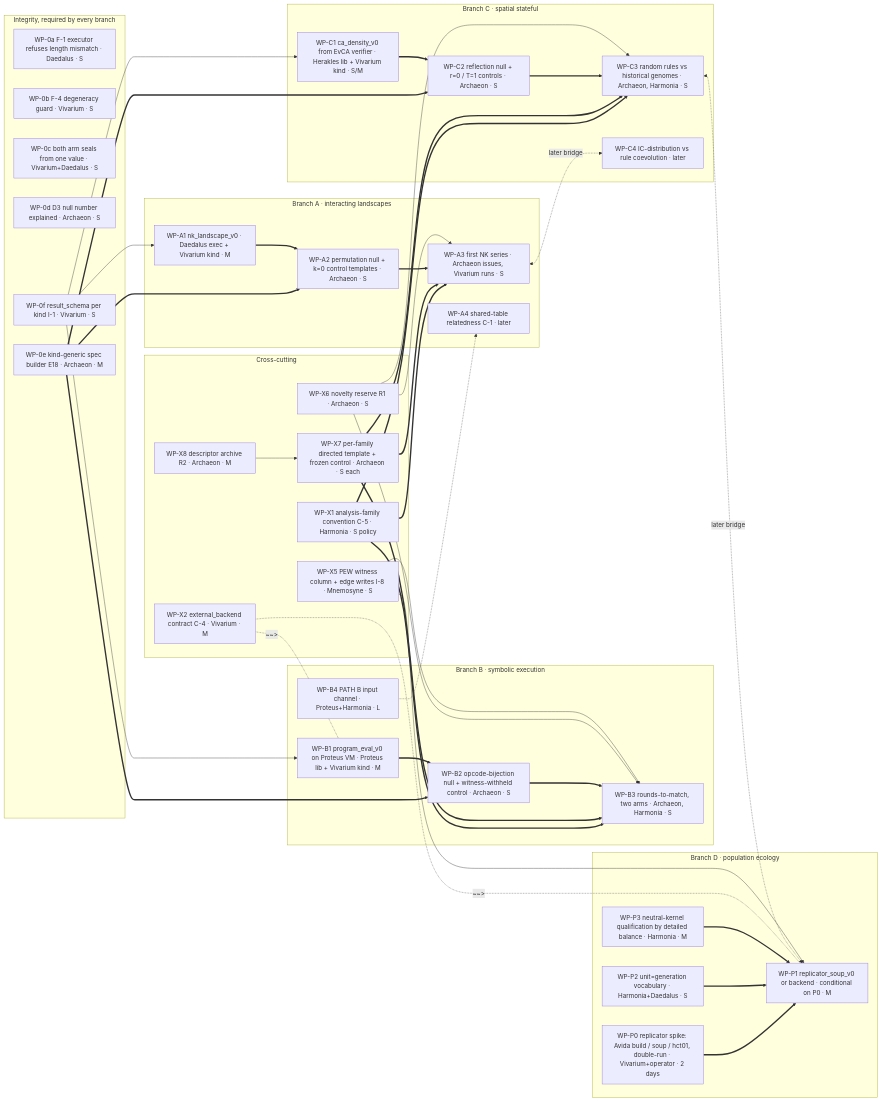
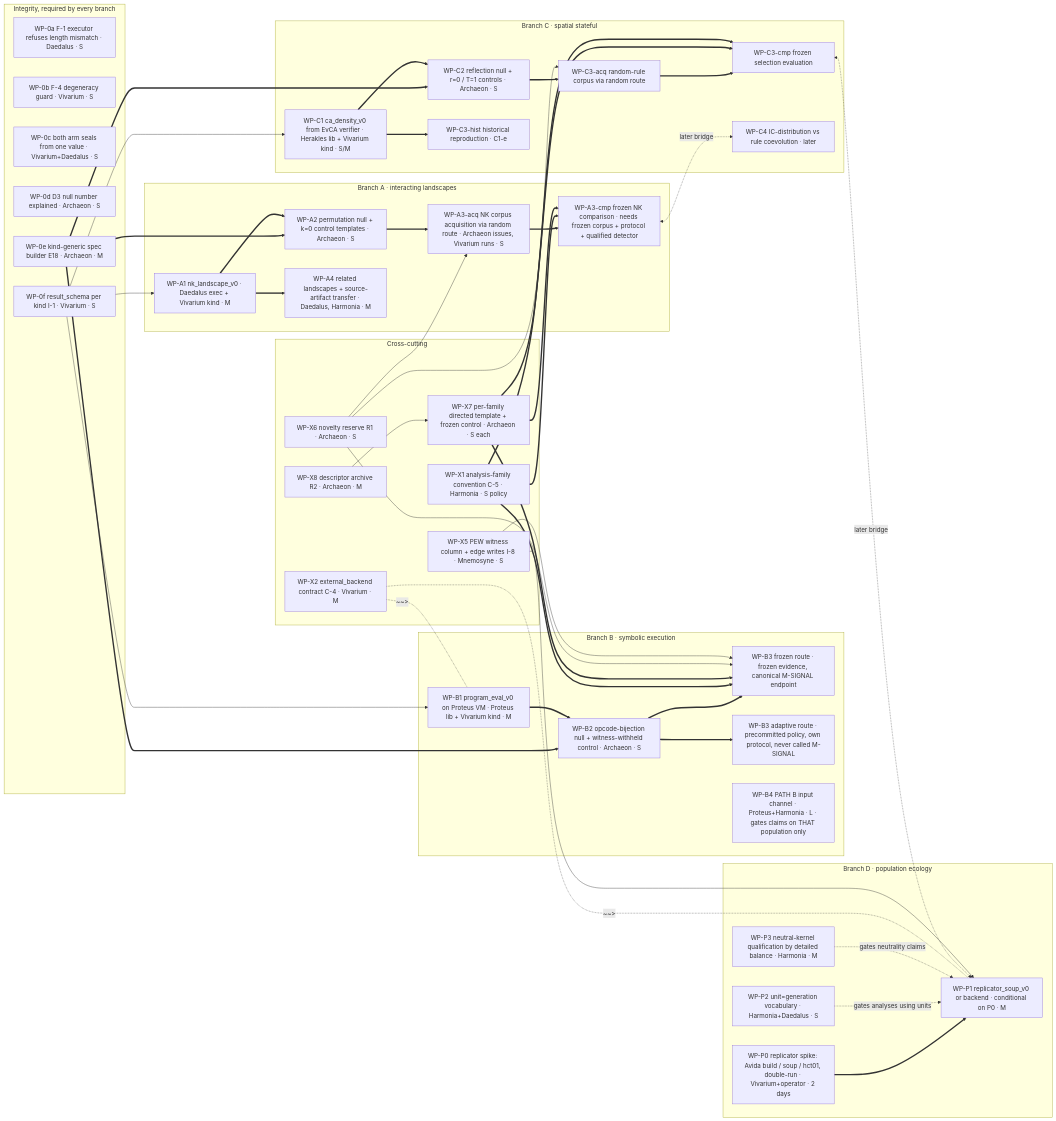
Before and after one commit to jcraig949jfi/Prometheus: the diagram in archaeon/docs/expansion/GRAPH.md, drawn with Mermaid. The commit also changed other lines of this file and 30 other files, not shown here.

First line of the commit message:
Archaeon: roadmap amendments -- proxies never reject questions, gates are local, and three packages delivered with their tests

````diff
--- a/archaeon/docs/expansion/GRAPH.md
+++ b/archaeon/docs/expansion/GRAPH.md
@@ -8,61 +8,67 @@
 ```mermaid
 flowchart LR
   subgraph G0[Integrity, required by every branch]
     WP0a[WP-0a F-1 executor refuses length mismatch · Daedalus · S]
     WP0b[WP-0b F-4 degeneracy guard · Vivarium · S]
     WP0c[WP-0c both arm seals from one value · Vivarium+Daedalus · S]
     WP0d[WP-0d D3 null number explained · Archaeon · S]
     WP0e[WP-0e kind-generic spec builder E18 · Archaeon · M]
     WP0f[WP-0f result_schema per kind I-1 · Vivarium · S]
   end
   subgraph GX[Cross-cutting]
     X1[WP-X1 analysis-family convention C-5 · Harmonia · S policy]
     X6[WP-X6 novelty reserve R1 · Archaeon · S]
     X8[WP-X8 descriptor archive R2 · Archaeon · M]
     X7[WP-X7 per-family directed template + frozen control · Archaeon · S each]
     X2[WP-X2 external_backend contract C-4 · Vivarium · M]
     X5[WP-X5 PEW witness column + edge writes I-8 · Mnemosyne · S]
   end
   subgraph A[Branch A · interacting landscapes]
     A1[WP-A1 nk_landscape_v0 · Daedalus exec + Vivarium kind · M]
     A2[WP-A2 permutation null + k=0 control templates · Archaeon · S]
-    A3[WP-A3 first NK series · Archaeon issues, Vivarium runs · S]
-    A4[WP-A4 shared-table relatedness C-1 · later]
+    A3a[WP-A3-acq NK corpus acquisition via random route · Archaeon issues, Vivarium runs · S]
+    A3b[WP-A3-cmp frozen NK comparison · needs frozen corpus + protocol + qualified detector]
+    A4[WP-A4 related landscapes + source-artifact transfer · Daedalus, Harmonia · M]
   end
   subgraph B[Branch B · symbolic execution]
     B1[WP-B1 program_eval_v0 on Proteus VM · Proteus lib + Vivarium kind · M]
     B2[WP-B2 opcode-bijection null + witness-withheld control · Archaeon · S]
-    B3[WP-B3 rounds-to-match, two arms · Archaeon, Harmonia · S]
-    B4[WP-B4 PATH B input channel · Proteus+Harmonia · L]
+    B3a[WP-B3 frozen route · frozen evidence, canonical M-SIGNAL endpoint]
+    B3b[WP-B3 adaptive route · precommitted policy, own protocol, never called M-SIGNAL]
+    B4[WP-B4 PATH B input channel · Proteus+Harmonia · L · gates claims on THAT population only]
   end
   subgraph C[Branch C · spatial stateful]
     C1[WP-C1 ca_density_v0 from EvCA verifier · Herakles lib + Vivarium kind · S/M]
     C2[WP-C2 reflection null + r=0 / T=1 controls · Archaeon · S]
-    C3[WP-C3 random rules vs historical genomes · Archaeon, Harmonia · S]
+    C3a[WP-C3-hist historical reproduction · C1-e]
+    C3b[WP-C3-acq random-rule corpus via random route]
+    C3c[WP-C3-cmp frozen selection evaluation]
     C4[WP-C4 IC-distribution vs rule coevolution · later]
   end
   subgraph D[Branch D · population ecology]
     P0[WP-P0 replicator spike: Avida build / soup / hct01, double-run · Vivarium+operator · 2 days]
     P1[WP-P1 replicator_soup_v0 or backend · conditional on P0 · M]
     P2[WP-P2 unit=generation vocabulary · Harmonia+Daedalus · S]
     P3[WP-P3 neutral-kernel qualification by detailed balance · Harmonia · M]
   end
   WP0e ==> A2 & B2 & C2
   WP0f --> A1 & B1 & C1
-  X1 ==> A3 & B3 & C3
-  X7 ==> A3 & B3 & C3
-  A1 ==> A2 ==> A3
-  B1 ==> B2 ==> B3
-  C1 ==> C2 ==> C3
+  A1 ==> A2 ==> A3a ==> A3b
+  A1 ==> A4
+  B1 ==> B2 ==> B3a
+  B2 ==> B3b
+  C1 ==> C2 ==> C3b ==> C3c
+  C1 ==> C3a
+  X1 ==> A3b & B3a & C3c
+  X7 ==> A3b & B3a & C3c
   P0 ==> P1
-  P2 ==> P1
-  P3 ==> P1
+  P2 -.gates analyses using units.-> P1
+  P3 -.gates neutrality claims.-> P1
   X2 -.~~>.- P1
   X2 -.~~>.- B1
-  B4 -.-> A4
-  A3 <-.later bridge.-> C4
-  C3 <-.later bridge.-> P1
-  X6 --> A3 & B3 & C3
+  A3b <-.later bridge.-> C4
+  C3c <-.later bridge.-> P1
+  X6 --> A3a & B3a & C3b
   X8 --> X7
-  X5 --> B3 & P1
+  X5 --> B3a & P1
 ```
````
